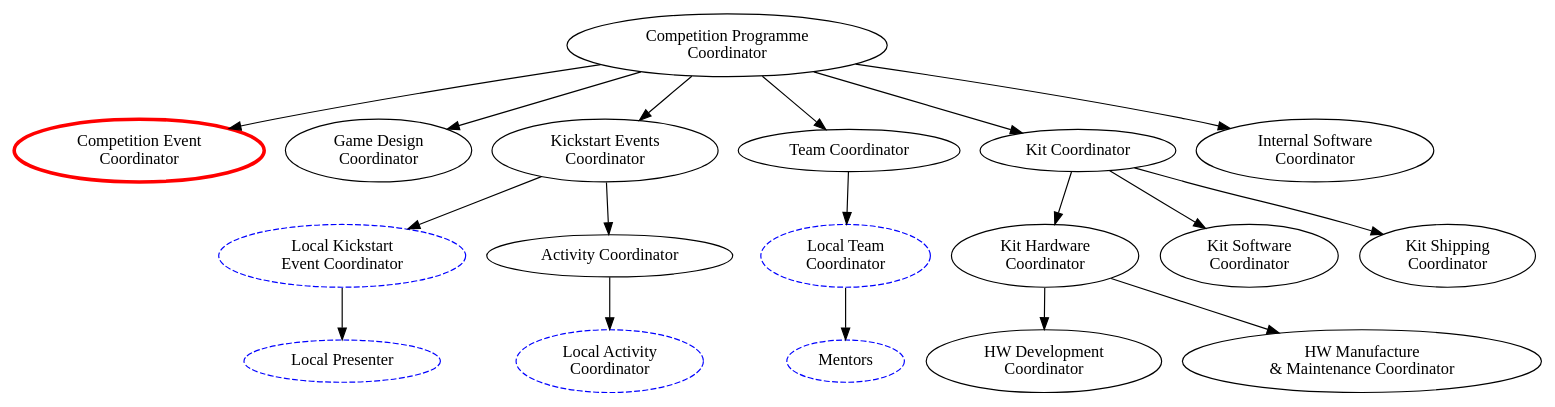
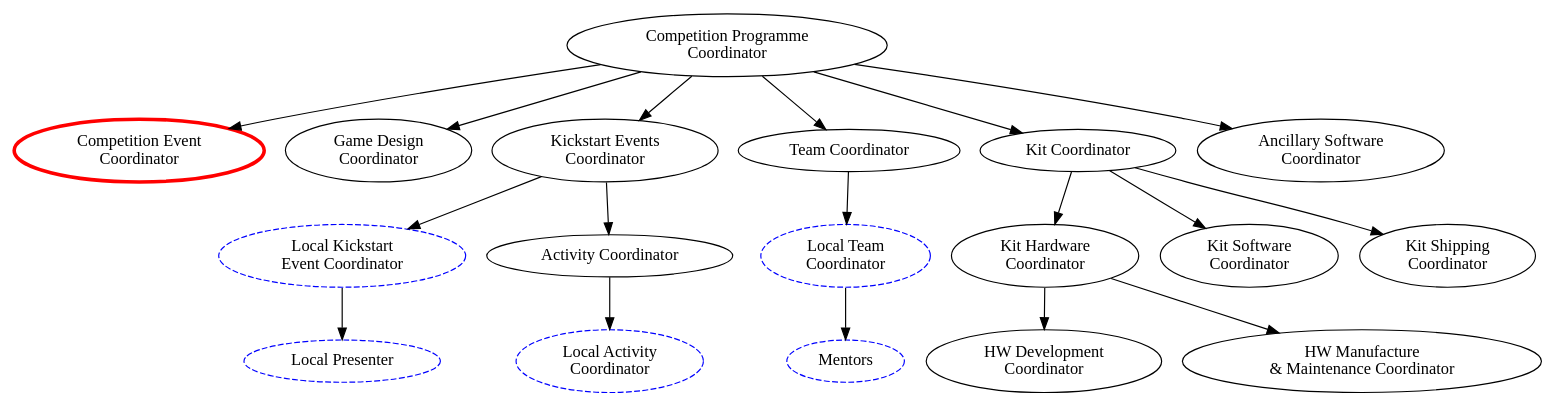
One commit to Adimote/legacy-ops-manual changed the diagram in org-chart/comp-prog.dot. Above: the diagram before and after it, drawn with Graphviz. The commit also changed 1 other file, not shown here.

Commit message:
Rename internal-sw-coord to ancillary-sw-coord
Also define some responsibilities for them.

```diff
--- a/org-chart/comp-prog.dot
+++ b/org-chart/comp-prog.dot
@@ -1,51 +1,51 @@
 digraph {
 	####### Node declarations
 	comp_prog_coord [label="Competition Programme\nCoordinator" email="competition-program@studentrobotics.org"];
 	
 	# Competition Coordinator Subordinates
 	comp_event_coord [label="Competition Event\nCoordinator" color=red penwidth=3 rolesexclude=true]; // Email and tel defined in comp-event.dot
 	game_design_coord [label="Game Design\nCoordinator" email="game-design@studentrobotics.org"];
 	kickstart_event_coord [label="Kickstart Events\nCoordinator" email="kickstart@studentrobotics.org"];
 	team_coord [label="Team Coordinator" email="teams@studentrobotics.org"];
 	kit_coord [label="Kit Coordinator" email="kit@studentrobotics.org"];
-	internal_sw_coord [label="Internal Software\nCoordinator" email="internal-software@studentrobotics.org"];
+	ancillary_sw_coord [label="Ancillary Software\nCoordinator" email="ancillary-software@studentrobotics.org"];
 	
 	### Fourth Level
 	
 	# Kickstart Event Coordinator Subordinates
 	local_ks_event_coord[label="Local Kickstart\nEvent Coordinator" color=blue style=dashed contactsexclude=true];
 	activity_coord[label="Activity Coordinator" email="activity@studentrobotics.org"]
 
 	local_activity_coord[label="Local Activity\nCoordinator" color=blue style=dashed contactsexclude=true];
 	local_team_coord[label="Local Team\nCoordinator" color=blue style=dashed contactsexclude=true];
 
 	# Kit Coordinator Subordinates
 	kit_hw_coord[label="Kit Hardware\nCoordinator" email="kit-hardware@studentrobotics.org"];
 	kit_sw_coord[label="Kit Software\nCoordinator" email="kit-software@studentrobotics.org"];
 	kit_shipping_coord[label="Kit Shipping\nCoordinator" email="kit-shipping@studentrobotics.org"];
 
 	# Hardware Coordinator Subordinates
 	hw_dev_coord[label="HW Development\nCoordinator" contactsexclude=true];
 	hw_manu_coord[label="HW Manufacture\n& Maintenance Coordinator" contactsexclude=true];
 	
 	### Fifth Level
 	local_presenter[label="Local Presenter" color=blue style=dashed contactsexclude=true];
 	
 	mentors[label="Mentors" color=blue style=dashed contactsexclude=true];
 	
 	
 	###### Connections between nodes
 	
-	comp_prog_coord -> { comp_event_coord game_design_coord kickstart_event_coord team_coord kit_coord internal_sw_coord };
+	comp_prog_coord -> { comp_event_coord game_design_coord kickstart_event_coord team_coord kit_coord ancillary_sw_coord };
 	
 	kickstart_event_coord -> { local_ks_event_coord activity_coord };
 		
 	activity_coord -> local_activity_coord;
 	local_ks_event_coord -> { local_presenter };
 		
 	team_coord -> local_team_coord;
 	local_team_coord -> mentors;
 		
 	kit_coord -> { kit_hw_coord kit_sw_coord kit_shipping_coord};
 	kit_hw_coord -> { hw_dev_coord hw_manu_coord };
 }
```
